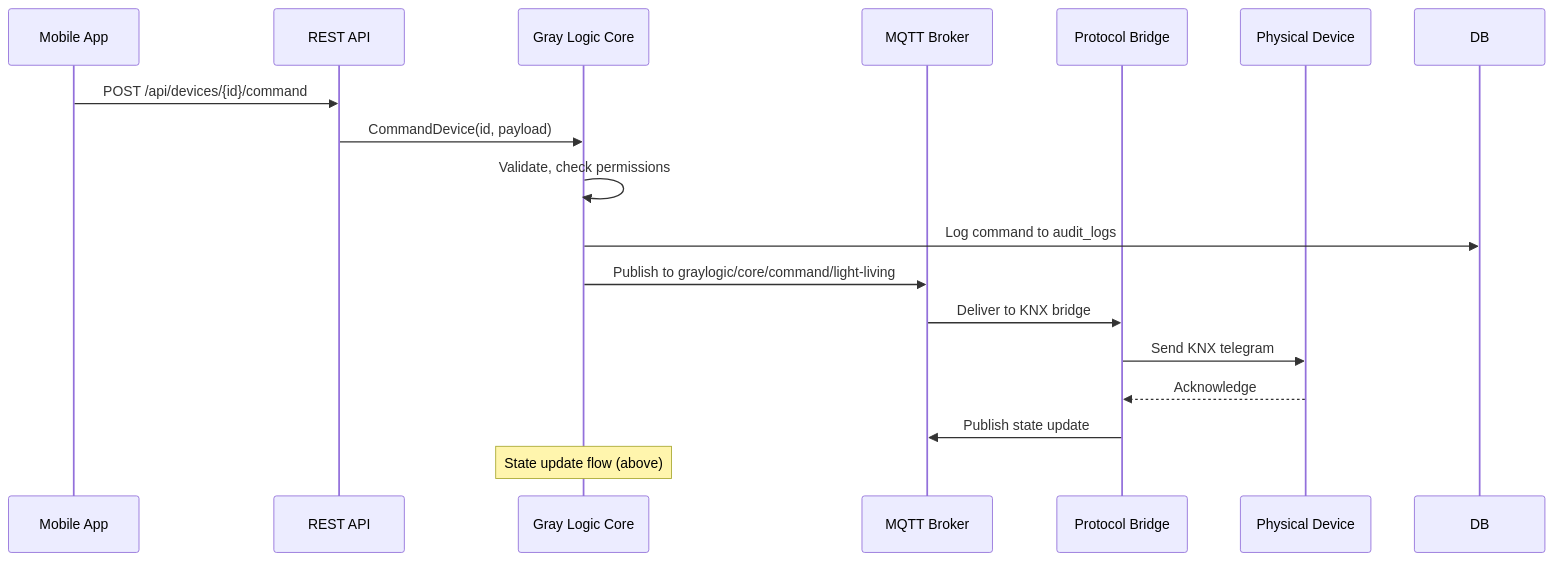
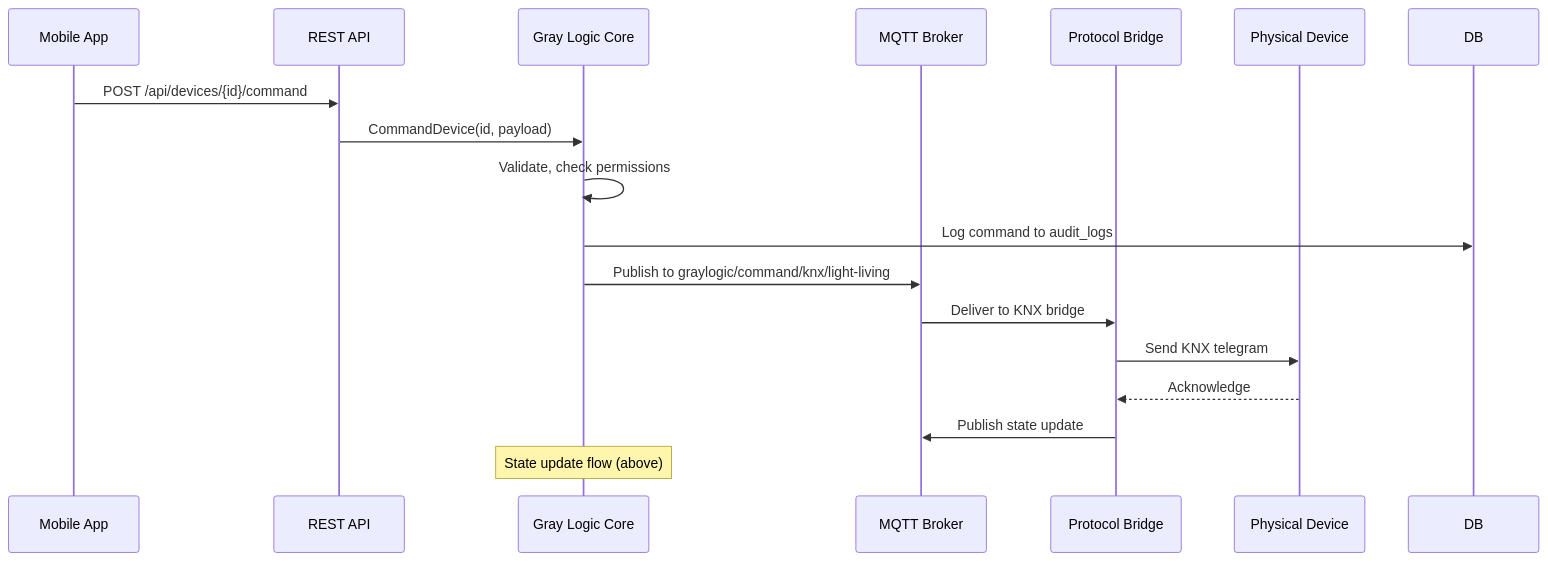
The third of 3 diagrams in code/core/docs/technical/architecture/data-flow.md (nerrad567/gray-logic-stack), drawn with Mermaid before and after one commit. The commit also changed other lines of this file and 15 other files, not shown here.

````diff
--- a/code/core/docs/technical/architecture/data-flow.md
+++ b/code/core/docs/technical/architecture/data-flow.md
@@ -79,23 +79,23 @@
 ```mermaid
 sequenceDiagram
     participant App as Mobile App
     participant API as REST API
     participant Core as Gray Logic Core
     participant Broker as MQTT Broker
     participant Bridge as Protocol Bridge
     participant Device as Physical Device
 
     App->>API: POST /api/devices/{id}/command
     API->>Core: CommandDevice(id, payload)
     
     Core->>Core: Validate, check permissions
     Core->>DB: Log command to audit_logs
-    Core->>Broker: Publish to graylogic/core/command/light-living
+    Core->>Broker: Publish to graylogic/command/knx/light-living
     
     Broker->>Bridge: Deliver to KNX bridge
     Bridge->>Device: Send KNX telegram
     Device-->>Bridge: Acknowledge
     Bridge->>Broker: Publish state update
     
     Note over Core: State update flow (above)
 ```
````
